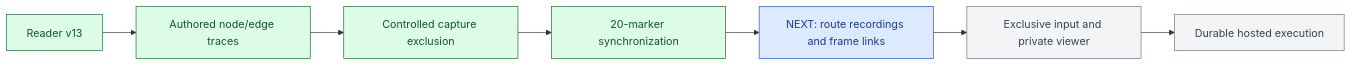
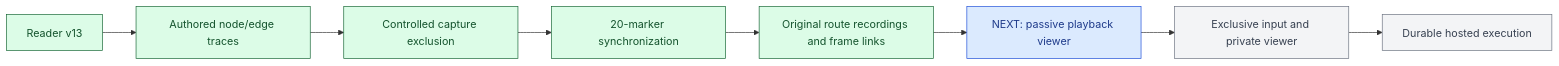
One commit to jvelezc/ai-screen-reader changed the diagram in docs/development-status.md. Above: the diagram before and after it, drawn with Mermaid. The commit also changed other lines of this file and 22 other files, not shown here.

Commit message:
Attach calibrated original video intervals to authored traversal traces

````diff
--- a/docs/development-status.md
+++ b/docs/development-status.md
@@ -25,16 +27,17 @@
 ```mermaid
 flowchart LR
     Reader[Reader v13] --> Trace[Authored node/edge traces]
     Trace --> Privacy[Controlled capture exclusion]
     Privacy --> Timing[20-marker synchronization]
-    Timing --> Next[NEXT: route recordings and frame links]
+    Timing --> Recording[Original route recordings and frame links]
+    Recording --> Next[NEXT: passive playback viewer]
     Next --> Control[Exclusive input and private viewer]
     Control --> Durable[Durable hosted execution]
     classDef done fill:#dcfce7,stroke:#166534,color:#14532d
     classDef next fill:#dbeafe,stroke:#1d4ed8,color:#1e3a8a
     classDef planned fill:#f3f4f6,stroke:#6b7280,color:#374151
-    class Reader,Trace,Privacy,Timing done
+    class Reader,Trace,Privacy,Timing,Recording done
     class Next next
     class Control,Durable planned
-    click Next "decisions/0021-recording-synchronization.md#next-recording-evidence-for-traversal"
+    click Next "decisions/0022-traversal-recording-evidence.md#next-passive-evidence-viewer"
 ```
````
